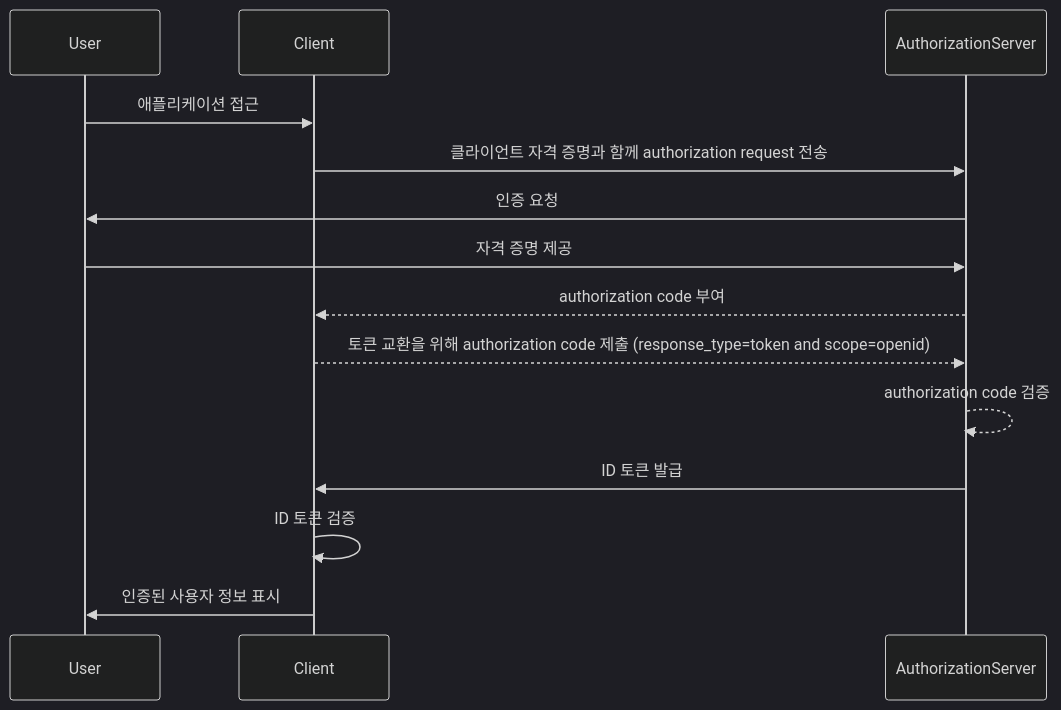
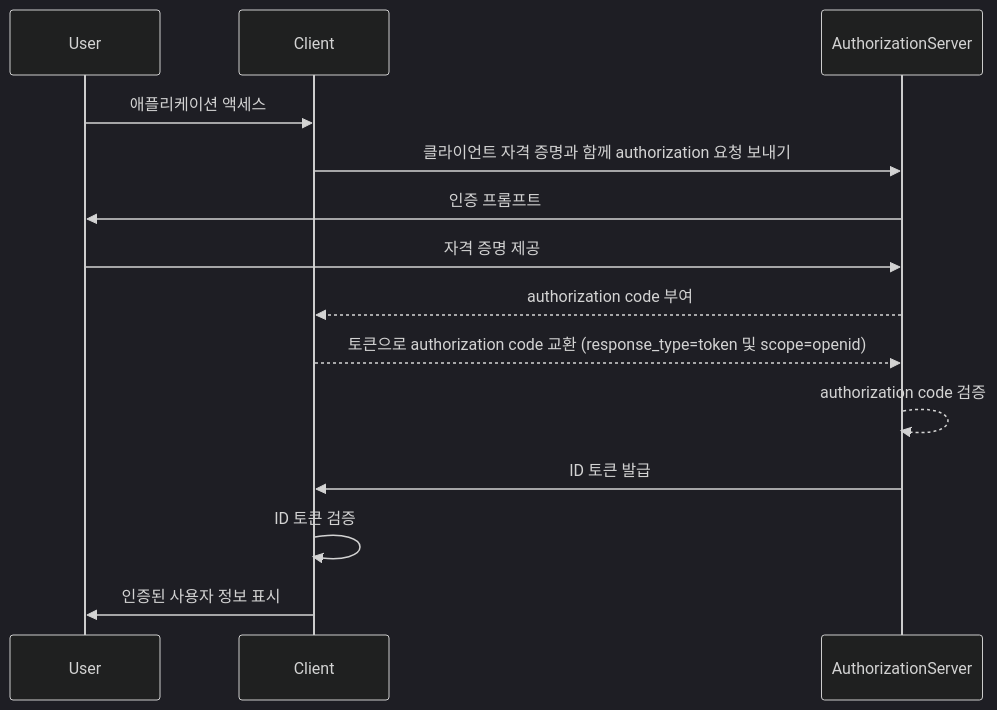
One commit to logto-io/auth-wiki changed the diagram in src/content/terms/ko/id-token.mdx. Above: the diagram before and after it, drawn with Mermaid (dark theme). The commit also changed other lines of this file and 48 other files, not shown here.

````diff
--- a/src/content/terms/ko/id-token.mdx
+++ b/src/content/terms/ko/id-token.mdx
@@ -19,17 +19,17 @@
 ```mermaid
 sequenceDiagram
     participant User
     participant Client
     participant AuthorizationServer
 
-    User->>Client: 애플리케이션 접근
-    Client->>AuthorizationServer: 클라이언트 자격 증명과 함께 authorization request 전송
-    AuthorizationServer->>User: 인증 요청
+    User->>Client: 애플리케이션 액세스
+    Client->>AuthorizationServer: 클라이언트 자격 증명과 함께 authorization 요청 보내기
+    AuthorizationServer->>User: 인증 프롬프트
     User->>AuthorizationServer: 자격 증명 제공
     AuthorizationServer-->>Client: authorization code 부여
-    Client-->>AuthorizationServer: 토큰 교환을 위해 authorization code 제출 (response_type=token and scope=openid)
+    Client-->>AuthorizationServer: 토큰으로 authorization code 교환 (response_type=token 및 scope=openid)
     AuthorizationServer-->>AuthorizationServer: authorization code 검증
     AuthorizationServer->>Client: ID 토큰 발급
     Client->>Client: ID 토큰 검증
     Client->>User: 인증된 사용자 정보 표시
 ```
````
